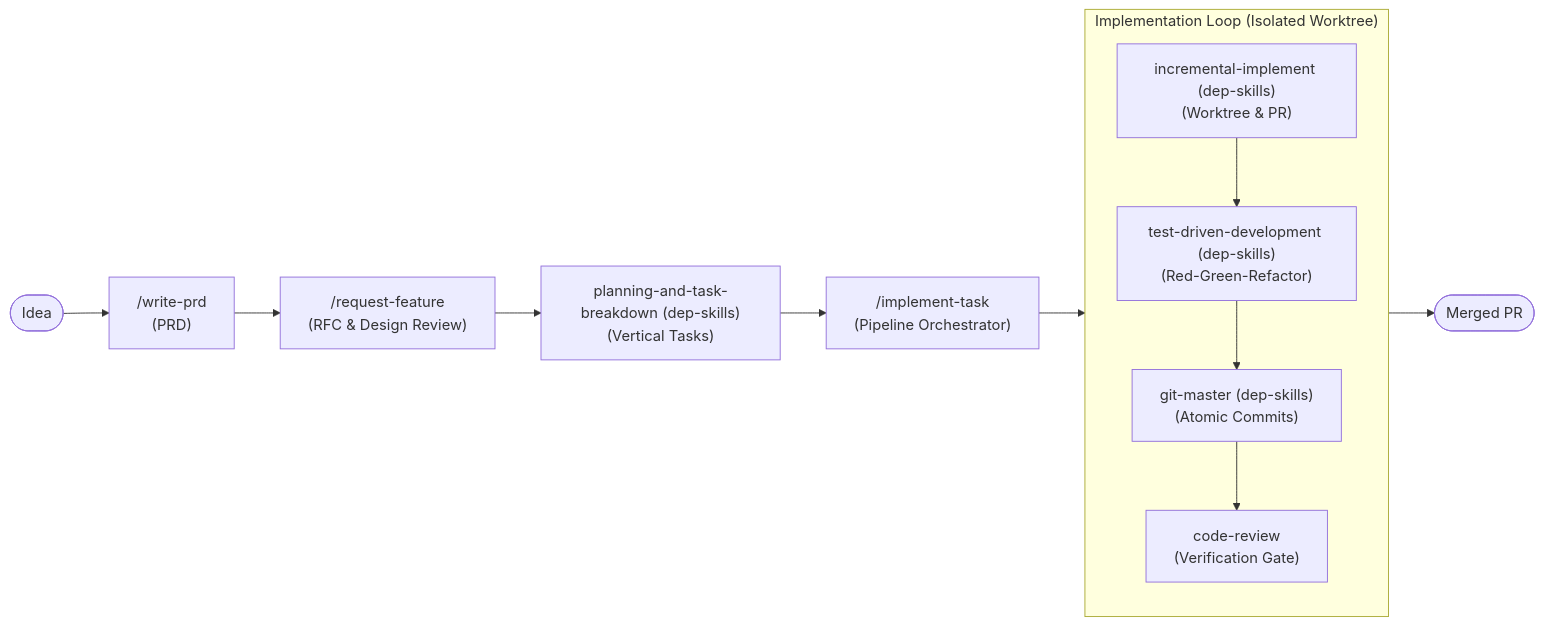
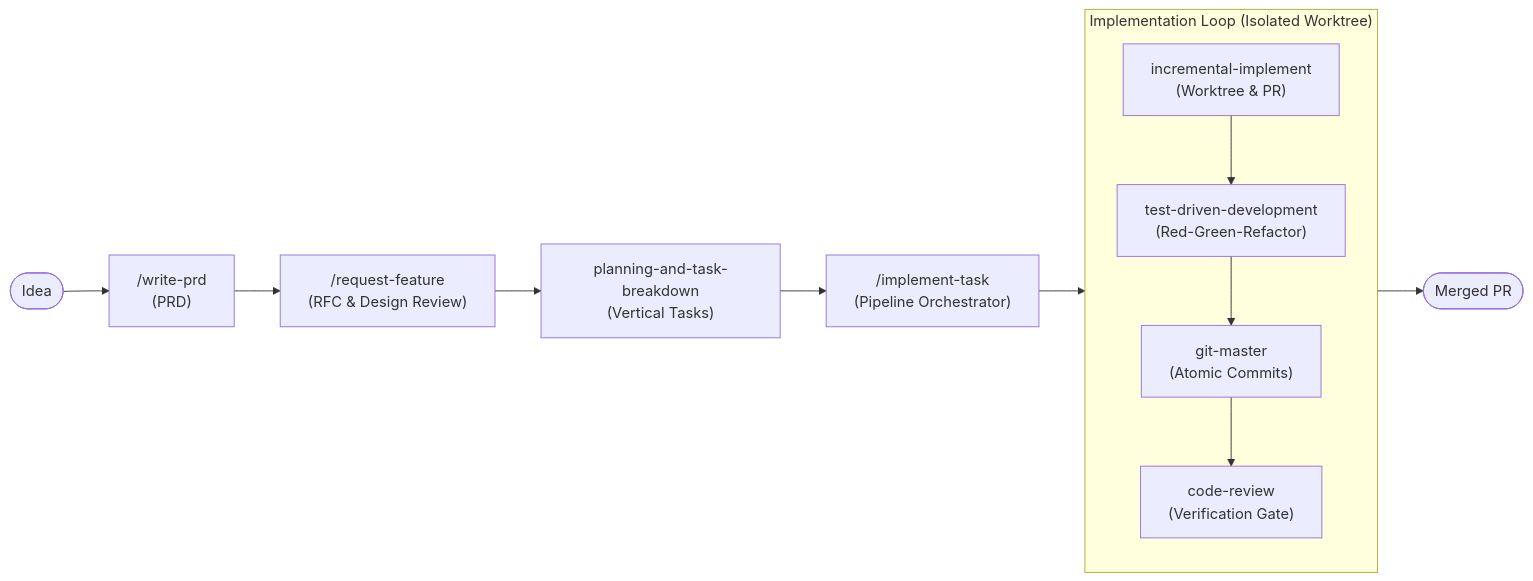
The first of 2 diagrams in skills/development/README.md (allanbian1017/skills), drawn with Mermaid before and after one commit. The commit also changed other lines of this file and 10 other files, not shown here.

````diff
--- a/skills/development/README.md
+++ b/skills/development/README.md
@@ -11,19 +11,19 @@
 ```mermaid
 flowchart LR
     Idea([Idea]) --> prd["/write-prd\n(PRD)"]
     prd --> rfc["/request-feature\n(RFC & Design Review)"]
-    rfc --> planning["planning-and-task-breakdown (dep-skills)\n(Vertical Tasks)"]
+    rfc --> planning["planning-and-task-breakdown\n(Vertical Tasks)"]
     planning --> orchestrator["/implement-task\n(Pipeline Orchestrator)"]
     
     subgraph Implementation ["Implementation Loop (Isolated Worktree)"]
         direction TB
-        incremental["incremental-implement (dep-skills)\n(Worktree & PR)"]
-        tdd["test-driven-development (dep-skills)\n(Red-Green-Refactor)"]
-        git_master["git-master (dep-skills)\n(Atomic Commits)"]
+        incremental["incremental-implement\n(Worktree & PR)"]
+        tdd["test-driven-development\n(Red-Green-Refactor)"]
+        git_master["git-master\n(Atomic Commits)"]
         code_review["code-review\n(Verification Gate)"]
         incremental --> tdd --> git_master --> code_review
     end
 
     orchestrator --> Implementation
     Implementation --> Merge([Merged PR])
 ```
````
